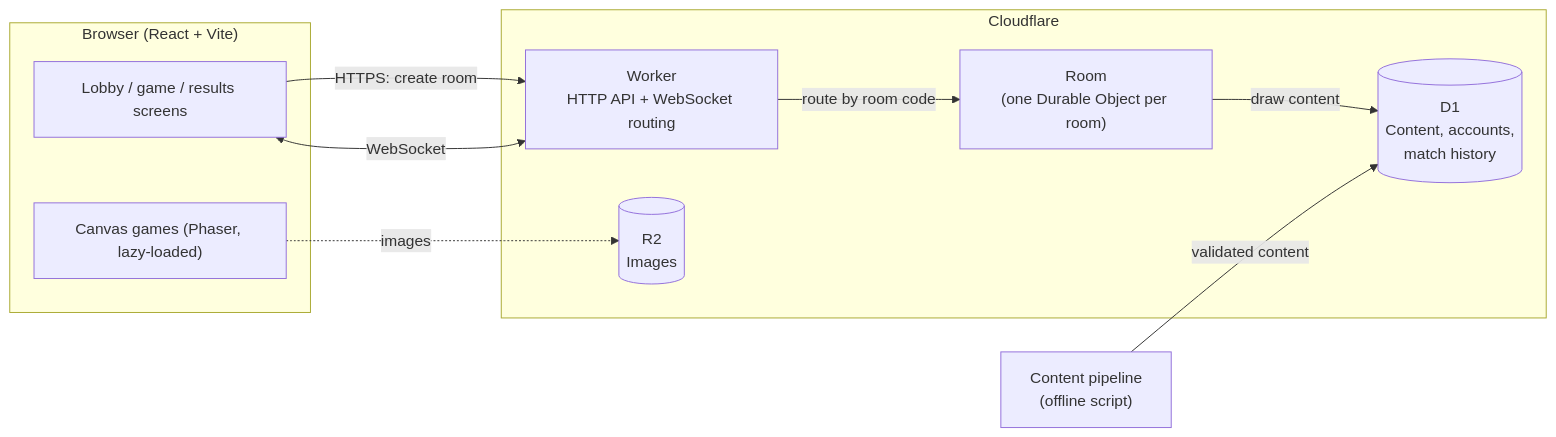
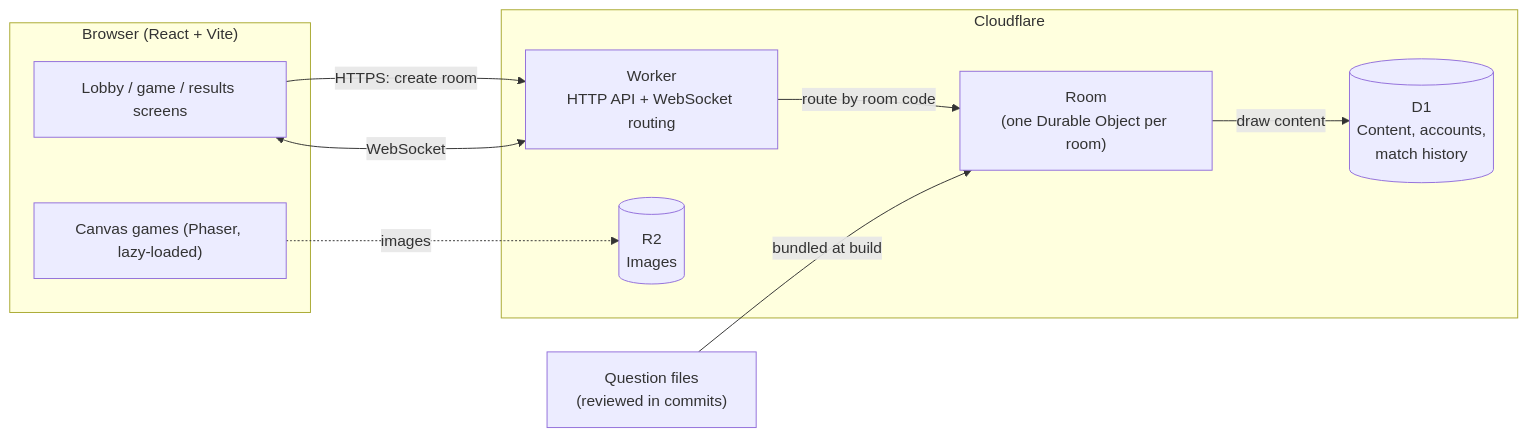
One commit to aristhegf/whizard changed the first of 2 diagrams in docs/ARCHITECTURE.md. Above: the diagram before and after it, drawn with Mermaid. The commit also changed other lines of this file and 16 other files, not shown here.

First line of the commit message:
Replace the question pipeline with a written standard for adding questions

````diff
--- a/docs/ARCHITECTURE.md
+++ b/docs/ARCHITECTURE.md
@@ -25,23 +25,23 @@
 ```mermaid
 flowchart LR
     subgraph Client["Browser (React + Vite)"]
         UI[Lobby / game / results screens]
         CV["Canvas games (Phaser, lazy-loaded)"]
     end
 
     subgraph Edge["Cloudflare"]
         W["Worker<br/>HTTP API + WebSocket routing"]
         DO["Room<br/>(one Durable Object per room)"]
         D1[("D1<br/>Content, accounts,<br/>match history")]
         R2[("R2<br/>Images")]
     end
 
-    GEN["Content pipeline<br/>(offline script)"]
+    Q["Question files<br/>(reviewed in commits)"]
 
     UI -- "HTTPS: create room" --> W
     UI <-- "WebSocket" --> W
     W -- "route by room code" --> DO
     DO -- "draw content" --> D1
     CV -. "images" .-> R2
-    GEN -- "validated content" --> D1
+    Q -- "bundled at build" --> DO
 ```
````
